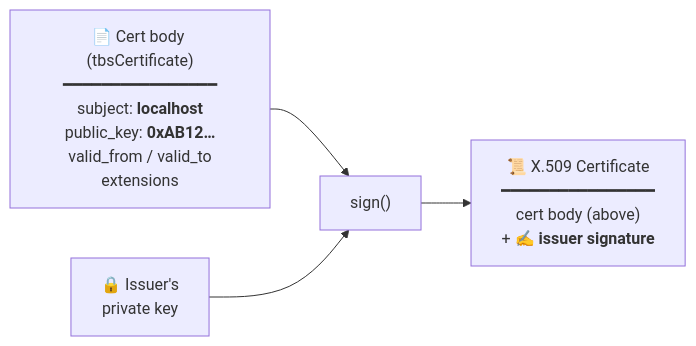
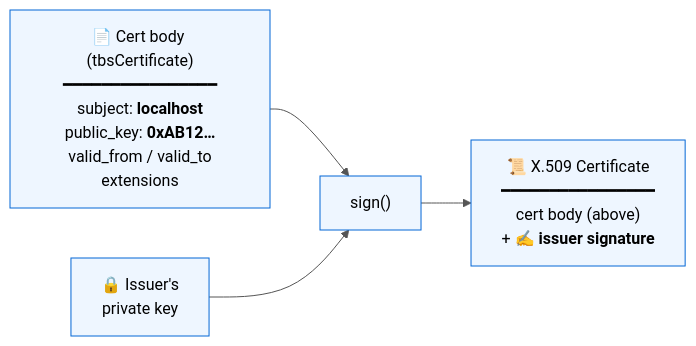
The seventh of 20 diagrams in part_4/walkthrough/walkthrough.qmd (DmytroHuzz/rebuilding_tls), drawn with Mermaid before and after one commit. The commit also changed other lines of this file and 1 other file, not shown here.

````diff
--- a/part_4/walkthrough/walkthrough.qmd
+++ b/part_4/walkthrough/walkthrough.qmd
@@ -240,8 +310,9 @@
 ```{mermaid}
+%%{init: {'theme':'base', 'themeVariables': {'background':'#ffffff','primaryColor':'#eef6ff','primaryBorderColor':'#0366d6','primaryTextColor':'#000','lineColor':'#555','clusterBkg':'#fafbfc','clusterBorder':'#888','tertiaryColor':'#ffffff','tertiaryBorderColor':'#888','tertiaryTextColor':'#000','noteBkgColor':'#fff8c5','noteTextColor':'#000','noteBorderColor':'#b5a000','actorBkg':'#eef6ff','actorBorder':'#0366d6','actorTextColor':'#000','signalColor':'#333','signalTextColor':'#000','sequenceNumberColor':'#fff'}}}%%
 flowchart LR
     BODY["📄 Cert body (tbsCertificate)<br/>━━━━━━━━━━━━━━━━<br/>subject: <b>localhost</b><br/>public_key: <b>0xAB12…</b><br/>valid_from / valid_to<br/>extensions"]
     ISSUER_PRIV["🔒 Issuer's<br/>private key"]
     BODY --> SIGN["sign()"]
     ISSUER_PRIV --> SIGN
     SIGN --> CERT["📜 X.509 Certificate<br/>━━━━━━━━━━━━━━━━<br/>cert body (above)<br/>+ ✍️ <b>issuer signature</b>"]
 ```
````
